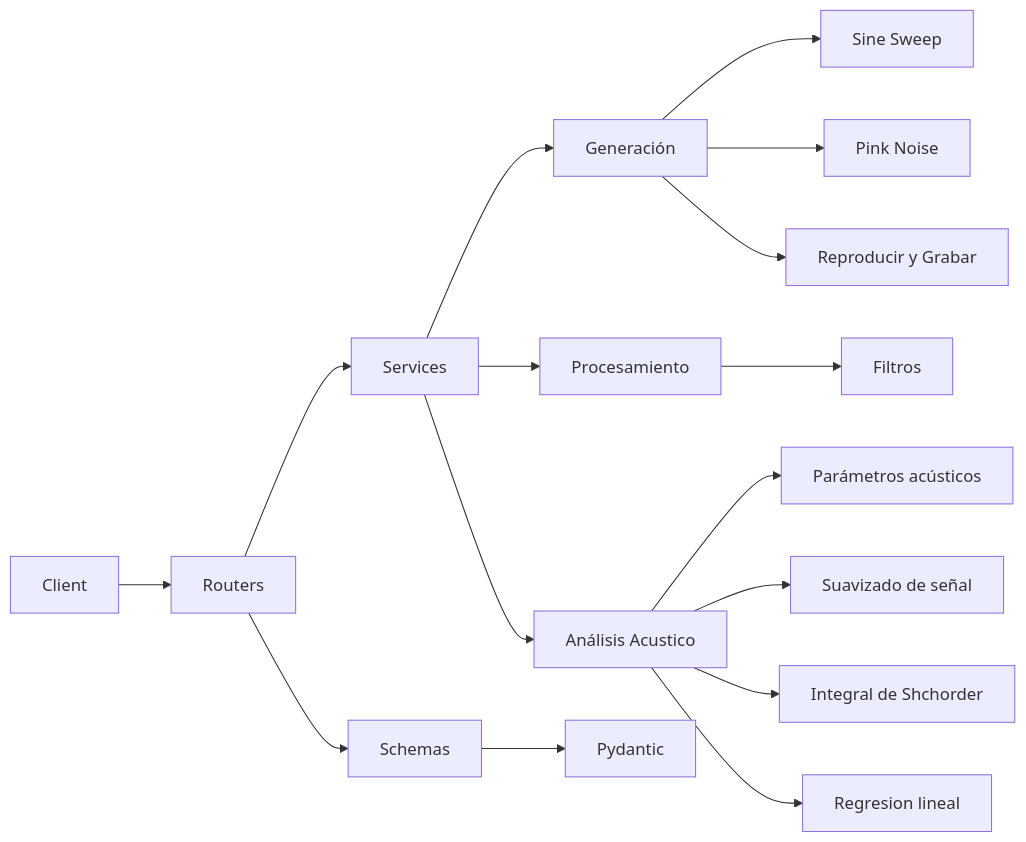
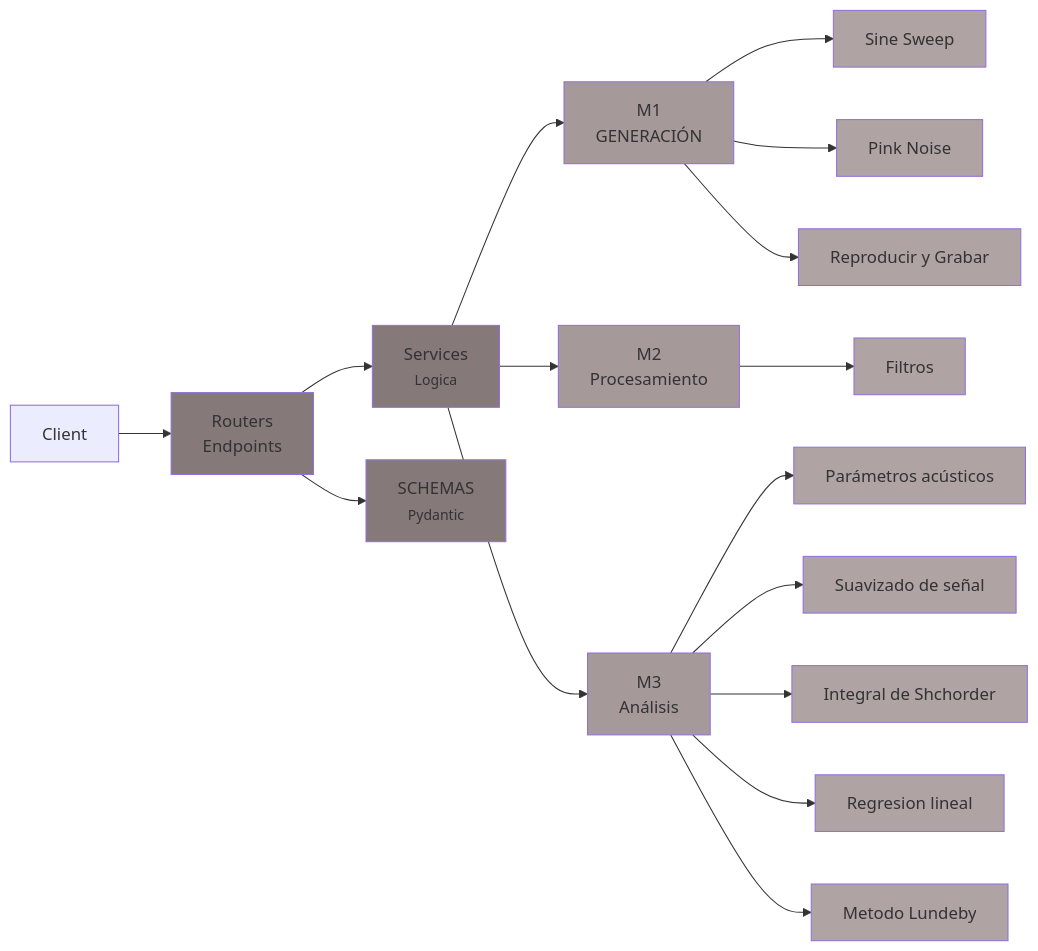
One commit to fedee01/trabajo-practico-ss changed the diagram in README.md. Above: the diagram before and after it, drawn with Mermaid.

````diff
--- a/README.md
+++ b/README.md
@@ -60,18 +60,36 @@
 ```mermaid
 graph LR
-Client --> R[Routers]
-R --> S[Services]
-S --> Gen[Generación]
+Client --> R[Routers<br>Endpoints]
+R --> S[Services<br><small>Logica</small>]
+S --> Gen[M1<br>GENERACIÓN]
 Gen --> SS[Sine Sweep]
 Gen --> PN[Pink Noise]
 Gen --> Rec[Reproducir y Grabar]
-S --> Proc[Procesamiento]
+S --> Proc[M2<br>Procesamiento]
 Proc --> F[Filtros]
-S --> An[Análisis Acustico]
+S --> An[M3<br>Análisis]
 An --> Par[Parámetros acústicos]
 An -->Sua[Suavizado de señal]
 An -->InS[Integral de Shchorder]
 An -->Reg[Regresion lineal]
-R --> Sch[Schemas]
-Sch -->Pydantic 
+An -->Mlun[Metodo Lundeby]
+R --> Sch[SCHEMAS<br><small>Pydantic</small>]
+
+style S fill: #857979
+style Sch fill: #857979
+style R fill: #857979
+style Gen fill: #a69999
+style Proc fill: #a69999
+style An fill: #a69999
+style Par fill: #turquoise
+style SS fill: #AFA3A3
+style PN fill: #AFA3A3
+style Rec fill: #AFA3A3
+style F fill: #AFA3A3
+style Par fill: #AFA3A3
+style Sua fill: #AFA3A3
+style InS fill: #AFA3A3
+style Reg fill: #AFA3A3
+style Mlun fill: #AFA3A3
+
 ```
````
